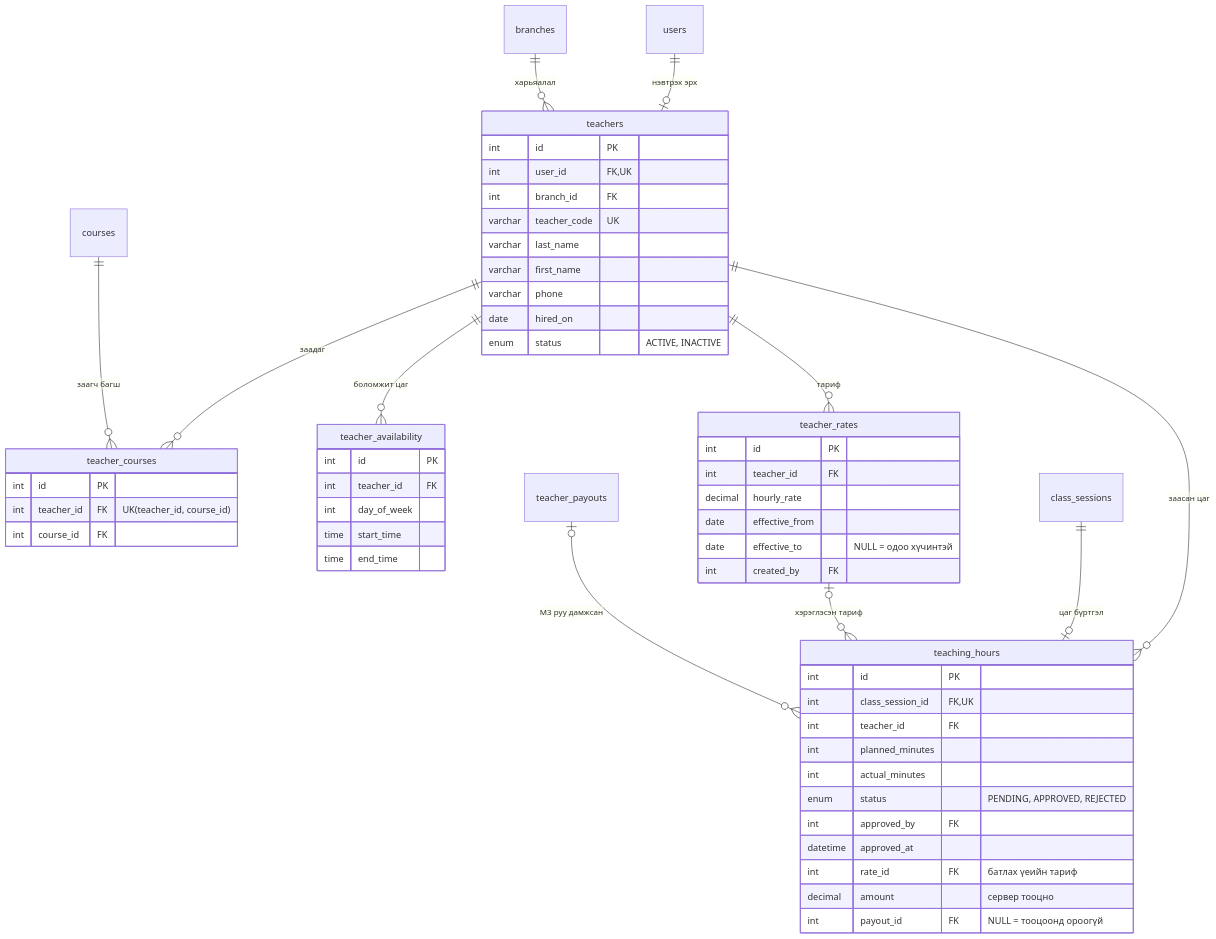
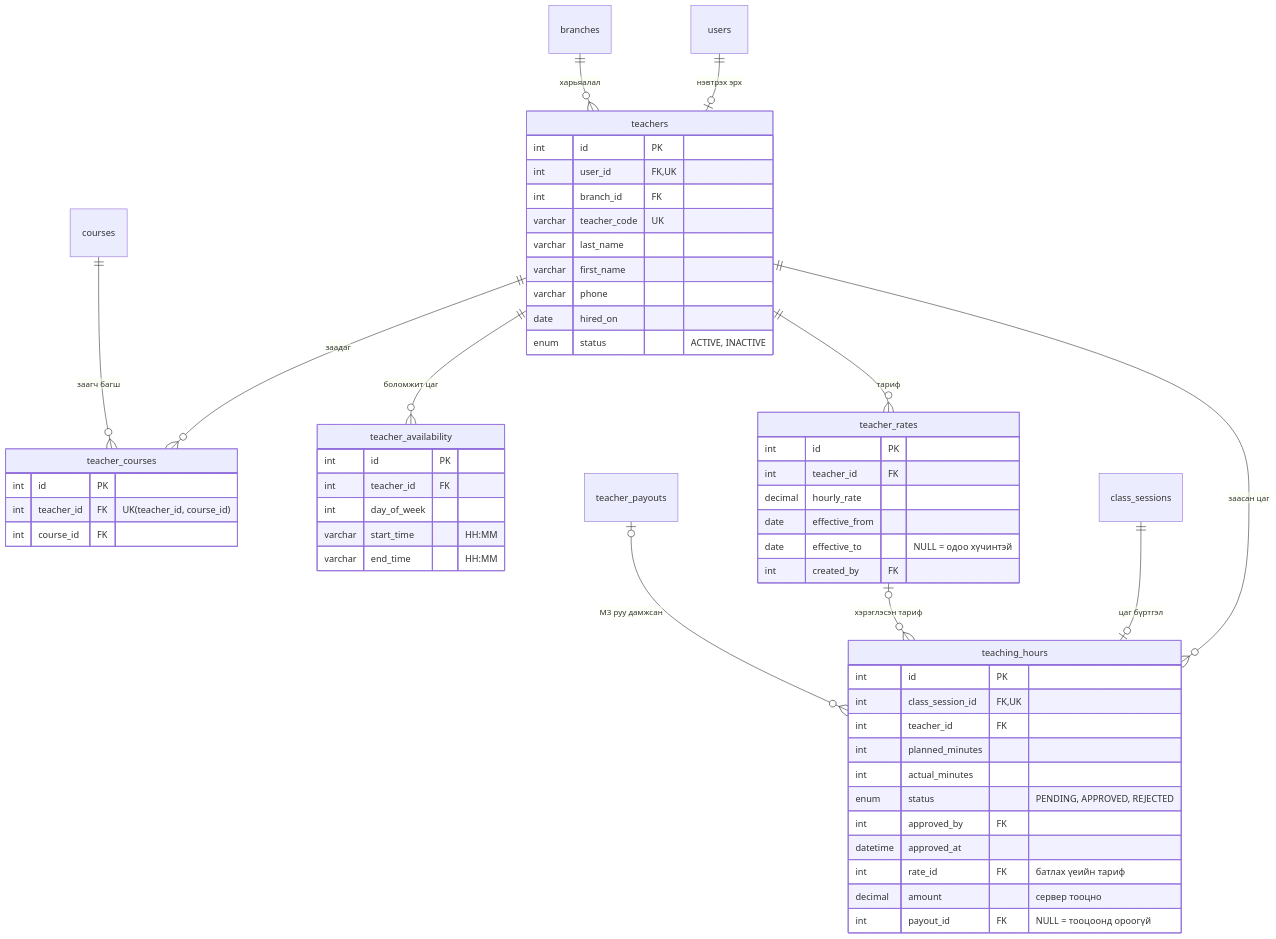
One commit to khashaa0013/english-center-erp changed the eighth of 8 diagrams in docs/diagrams/erd.md. Above: the diagram before and after it, drawn with Mermaid. The commit also changed other lines of this file and 35 other files, not shown here.

````diff
--- a/docs/diagrams/erd.md
+++ b/docs/diagrams/erd.md
@@ -576,58 +612,58 @@
 ```mermaid
 erDiagram
     teachers {
         int id PK
         int user_id FK, UK
         int branch_id FK
         varchar teacher_code UK
         varchar last_name
         varchar first_name
         varchar phone
         date hired_on
         enum status "ACTIVE, INACTIVE"
     }
     teacher_courses {
         int id PK
         int teacher_id FK "UK(teacher_id, course_id)"
         int course_id FK
     }
     teacher_availability {
         int id PK
         int teacher_id FK
         int day_of_week
-        time start_time
-        time end_time
+        varchar start_time "HH:MM"
+        varchar end_time "HH:MM"
     }
     teacher_rates {
         int id PK
         int teacher_id FK
         decimal hourly_rate
         date effective_from
         date effective_to "NULL = одоо хүчинтэй"
         int created_by FK
     }
     teaching_hours {
         int id PK
         int class_session_id FK, UK
         int teacher_id FK
         int planned_minutes
         int actual_minutes
         enum status "PENDING, APPROVED, REJECTED"
         int approved_by FK
         datetime approved_at
         int rate_id FK "батлах үеийн тариф"
         decimal amount "сервер тооцно"
         int payout_id FK "NULL = тооцоонд ороогүй"
     }
 
     users ||--o| teachers : "нэвтрэх эрх"
     branches ||--o{ teachers : "харьяалал"
     teachers ||--o{ teacher_courses : "заадаг"
     courses ||--o{ teacher_courses : "заагч багш"
     teachers ||--o{ teacher_availability : "боломжит цаг"
     teachers ||--o{ teacher_rates : "тариф"
     teachers ||--o{ teaching_hours : "заасан цаг"
     class_sessions ||--o| teaching_hours : "цаг бүртгэл"
     teacher_rates |o--o{ teaching_hours : "хэрэглэсэн тариф"
     teacher_payouts |o--o{ teaching_hours : "M3 руу дамжсан"
 ```
````
